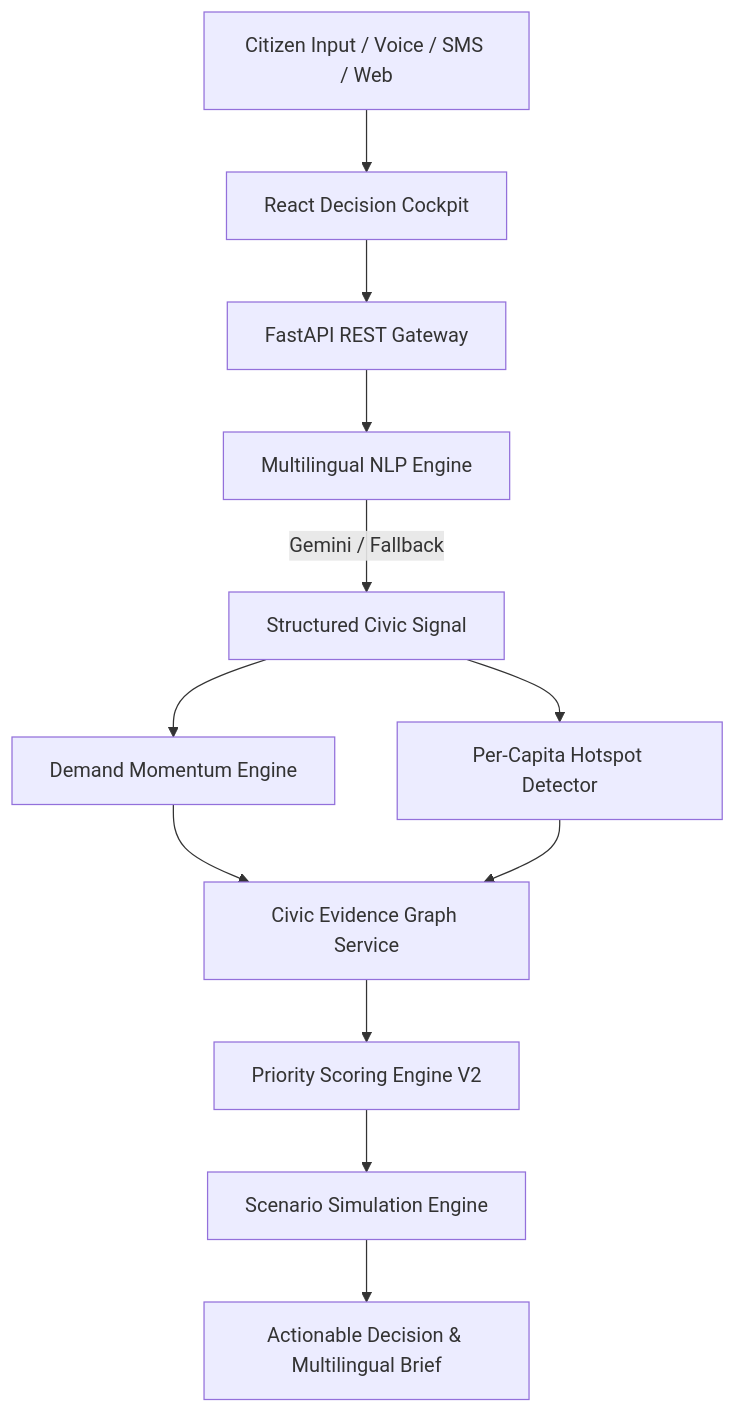
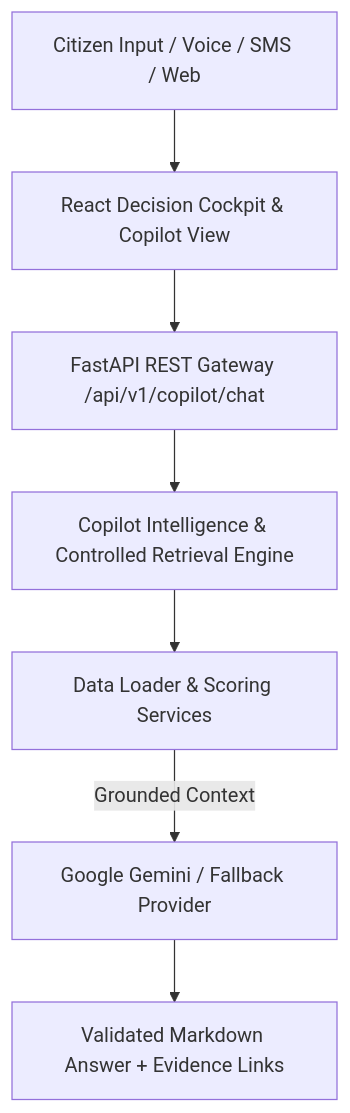
Before and after one commit to NaniToka/civicpulse-ai: the diagram in README.md, drawn with Mermaid. The commit also changed other lines of this file and 16 other files, not shown here.

Commit message:
feat: add grounded civic intelligence copilot

````diff
--- a/README.md
+++ b/README.md
@@ -43,13 +45,9 @@
 ```mermaid
 graph TD
-    A[Citizen Input / Voice / SMS / Web] --> B[React Decision Cockpit]
-    B --> C[FastAPI REST Gateway]
-    C --> D[Multilingual NLP Engine]
-    D -->|Gemini / Fallback| E[Structured Civic Signal]
-    E --> F[Demand Momentum Engine]
-    E --> G[Per-Capita Hotspot Detector]
-    F & G --> H[Civic Evidence Graph Service]
-    H --> I[Priority Scoring Engine V2]
-    I --> J[Scenario Simulation Engine]
-    J --> K[Actionable Decision & Multilingual Brief]
+    A[Citizen Input / Voice / SMS / Web] --> B[React Decision Cockpit & Copilot View]
+    B --> C[FastAPI REST Gateway /api/v1/copilot/chat]
+    C --> D[Copilot Intelligence & Controlled Retrieval Engine]
+    D --> E[Data Loader & Scoring Services]
+    E -->|Grounded Context| F[Google Gemini / Fallback Provider]
+    F --> G[Validated Markdown Answer + Evidence Links]
 ```
````
